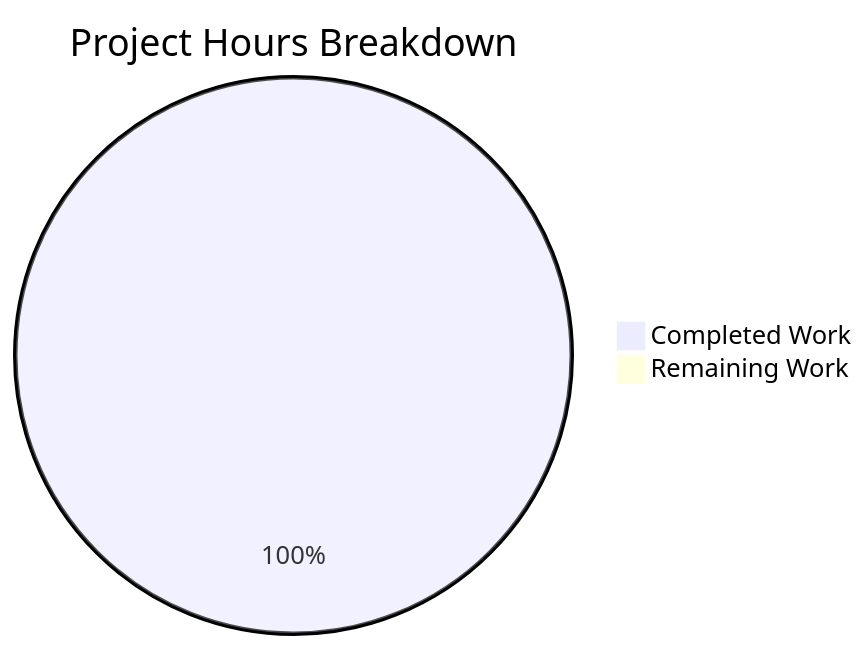
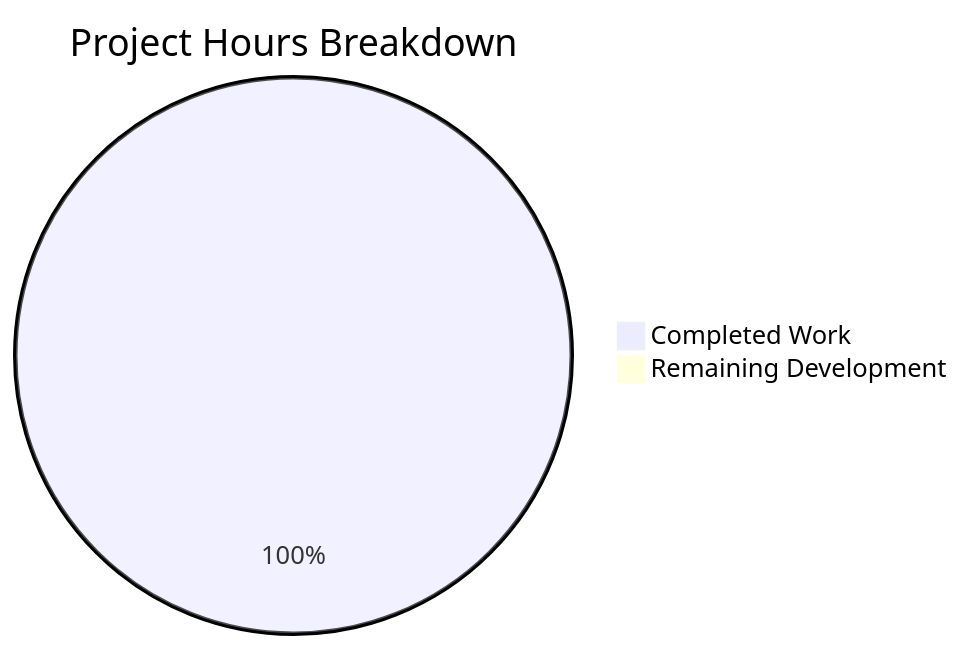
The first of 2 diagrams in blitzy/documentation/Project Guide.md (bitto-blitzy/GitPracticeRepo), drawn with Mermaid before and after one commit. The commit also changed other lines of this file, not shown here.

Commit message:
Adding Blitzy Project Guide: Project Status and Human Tasks Remaining

````diff
--- a/blitzy/documentation/Project Guide.md
+++ b/blitzy/documentation/Project Guide.md
@@ -64,5 +72,5 @@
 ```mermaid
 pie title Project Hours Breakdown
-    "Completed Work" : 0.5
-    "Remaining Work" : 0
+    "Completed Work" : 1
+    "Remaining Development" : 0
 ```
````
